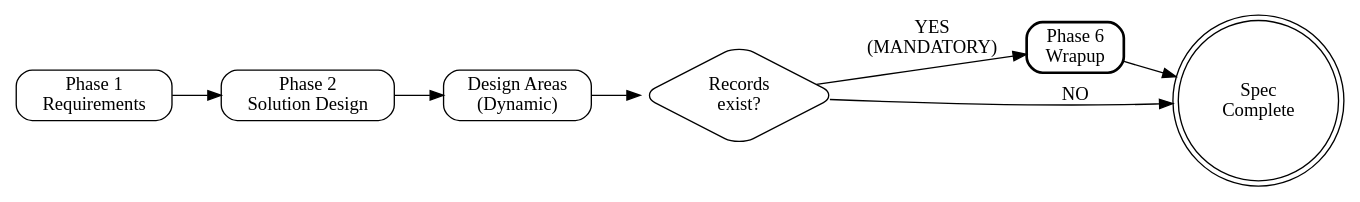
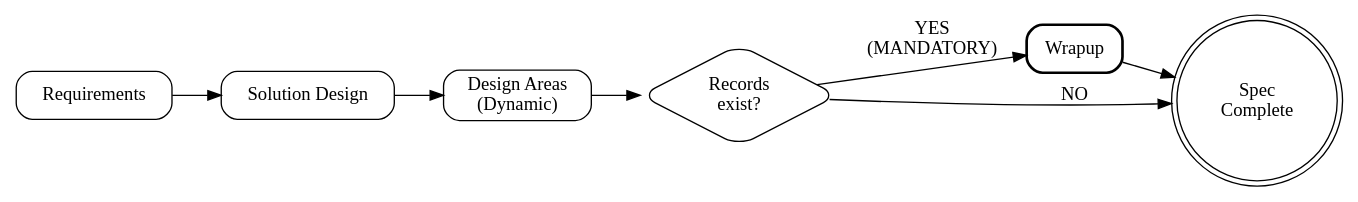
The first of 3 diagrams in skills/spec/SKILL.md (toongri/oh-my-toong-playground), drawn with Graphviz before and after one commit. The commit also changed other lines of this file and 15 other files, not shown here.

````diff
--- a/skills/spec/SKILL.md
+++ b/skills/spec/SKILL.md
@@ -196,20 +196,20 @@
 ```dot
 digraph spec_workflow {
     rankdir=LR;
     node [shape=box, style=rounded];
 
-    Phase1 [label="Phase 1\nRequirements"];
-    Phase2 [label="Phase 2\nSolution Design"];
+    Requirements [label="Requirements"];
+    SolutionDesign [label="Solution Design"];
     DesignAreas [label="Design Areas\n(Dynamic)"];
     RecordsCheck [label="Records\nexist?", shape=diamond];
-    Wrapup [label="Phase 6\nWrapup", style="rounded,bold"];
+    Wrapup [label="Wrapup", style="rounded,bold"];
     Complete [label="Spec\nComplete", shape=doublecircle];
 
-    Phase1 -> Phase2;
-    Phase2 -> DesignAreas;
+    Requirements -> SolutionDesign;
+    SolutionDesign -> DesignAreas;
     DesignAreas -> RecordsCheck;
     RecordsCheck -> Wrapup [label="YES\n(MANDATORY)"];
     RecordsCheck -> Complete [label="NO"];
     Wrapup -> Complete;
 }
 ```
````
